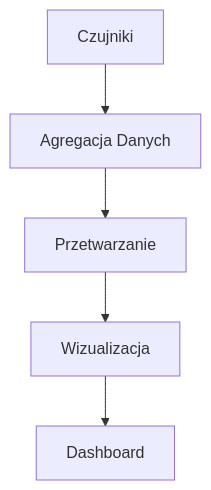
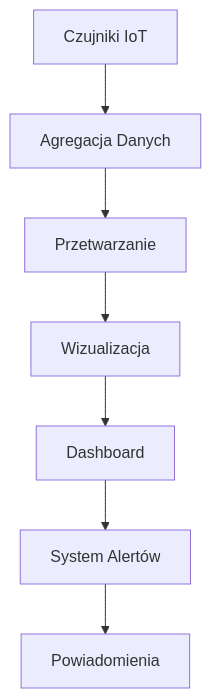
Before and after one commit to rrsartneoai/smart-grid-gems-37-50: the first of 3 diagrams in src/docs/Architecture.md, drawn with Mermaid. The commit also changed other lines of this file, not shown here.

First line of the commit message:
Add diagram generation query for dashboard

````diff
--- a/src/docs/Architecture.md
+++ b/src/docs/Architecture.md
@@ -53,7 +78,9 @@
 ```mermaid
 graph TD
-  A[Czujniki] --> B[Agregacja Danych]
-  B --> C[Przetwarzanie]
-  C --> D[Wizualizacja]
-  D --> E[Dashboard]
+    A[Czujniki IoT] --> B[Agregacja Danych]
+    B --> C[Przetwarzanie]
+    C --> D[Wizualizacja]
+    D --> E[Dashboard]
+    E --> F[System Alertów]
+    F --> G[Powiadomienia]
 ```
````
